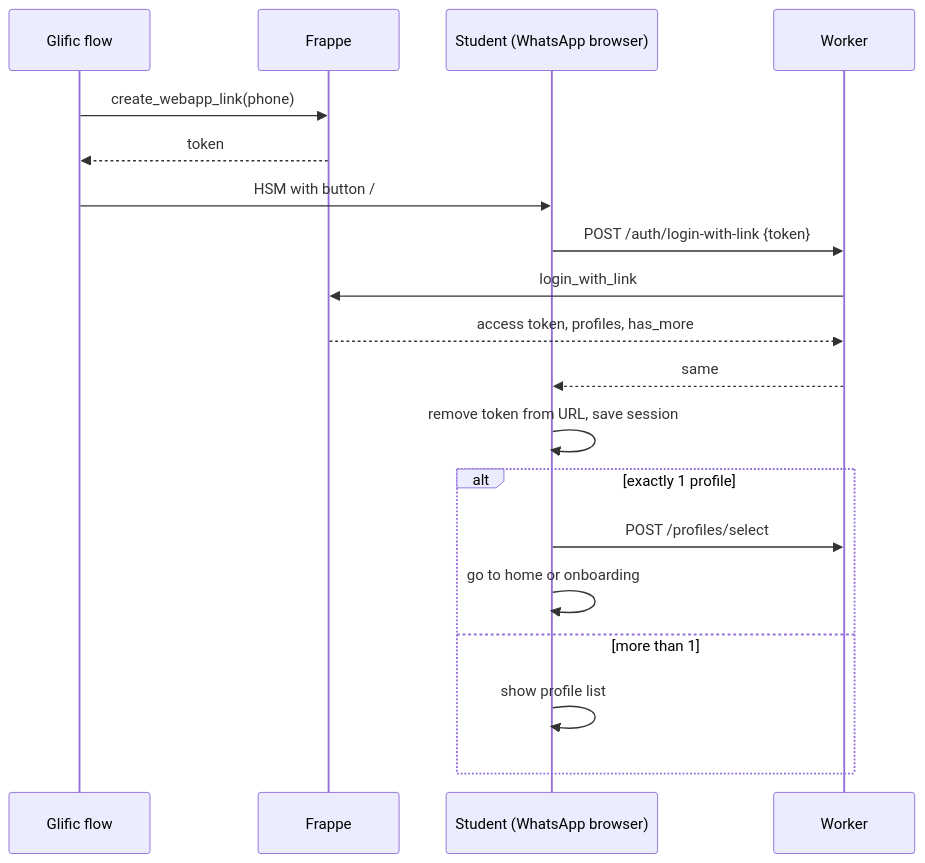
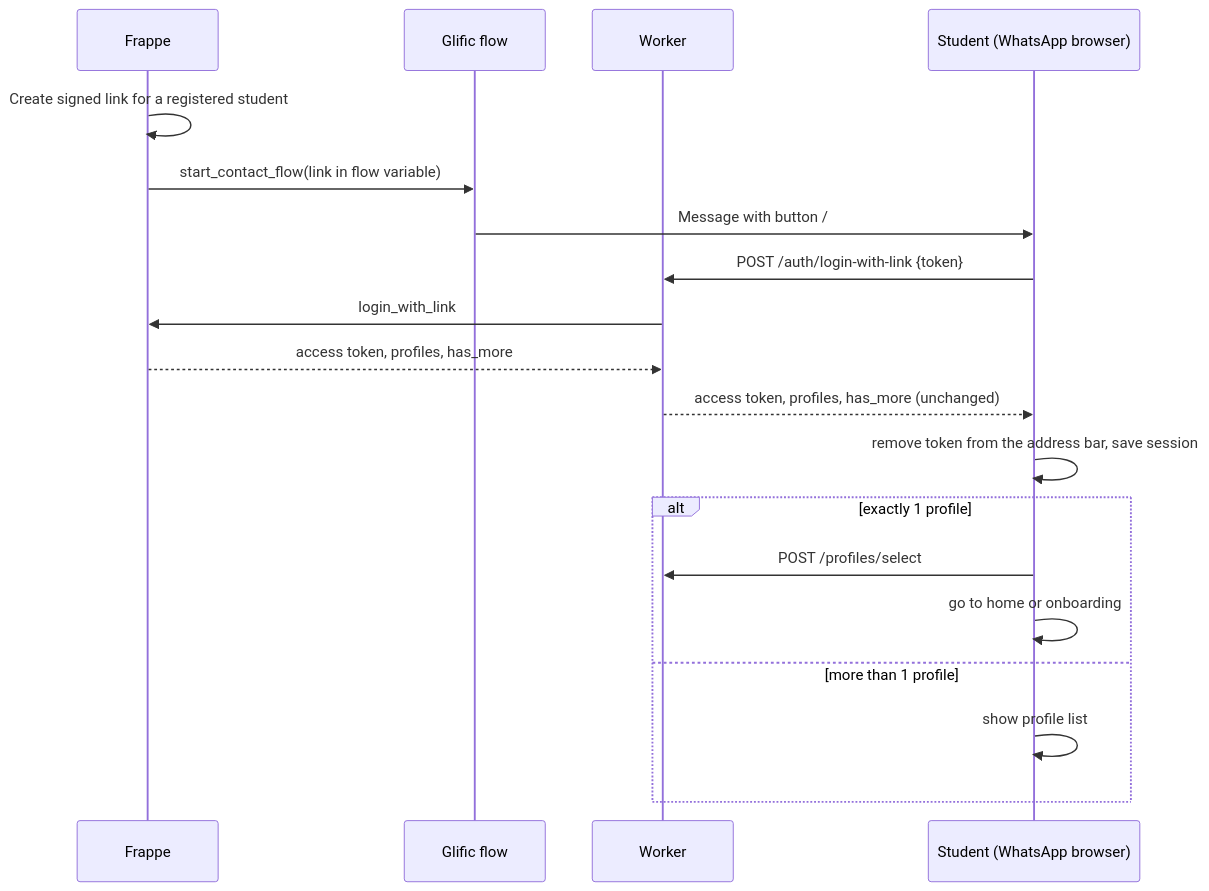
Before and after one commit to theapprenticeproject/flutter_native_webapp: the first of 3 diagrams in documentation/whatsapp-link-login.md, drawn with Mermaid. The commit also changed other lines of this file and 1 other file, not shown here.

````diff
--- a/documentation/whatsapp-link-login.md
+++ b/documentation/whatsapp-link-login.md
@@ -96,21 +134,21 @@
 ```mermaid
 sequenceDiagram
+  participant F as Frappe
   participant G as Glific flow
-  participant F as Frappe
+  participant W as Worker
   participant S as Student (WhatsApp browser)
-  participant W as Worker
-  G->>F: create_webapp_link(phone)
-  F-->>G: token
-  G->>S: HSM with button /#/l/<token>
+  F->>F: Create signed link for a registered student
+  F->>G: start_contact_flow(link in flow variable)
+  G->>S: Message with button /#/l/<token>
   S->>W: POST /auth/login-with-link {token}
   W->>F: login_with_link
   F-->>W: access token, profiles, has_more
-  W-->>S: same
-  S->>S: remove token from URL, save session
+  W-->>S: access token, profiles, has_more (unchanged)
+  S->>S: remove token from the address bar, save session
   alt exactly 1 profile
     S->>W: POST /profiles/select
     S->>S: go to home or onboarding
-  else more than 1
+  else more than 1 profile
     S->>S: show profile list
   end
 ```
````
